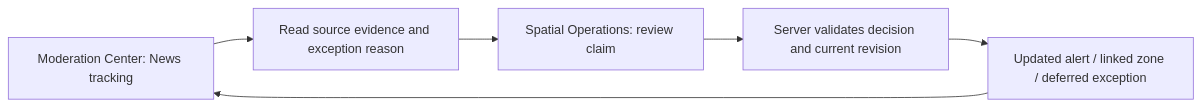
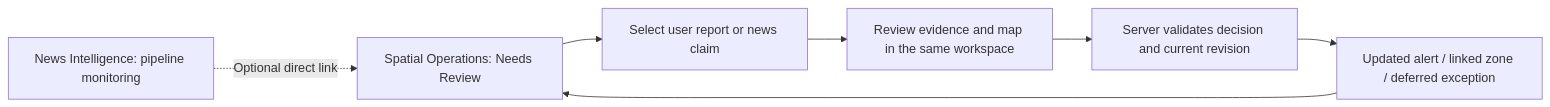
One commit to pu-roi/LANES changed the diagram in docs/plans/news-publication-review-frontend-plan.md. Above: the diagram before and after it, drawn with Mermaid. The commit also changed other lines of this file and 51 other files, not shown here.

First line of the commit message:
feat(news): add unified flood reading and source monitoring

````diff
--- a/docs/plans/news-publication-review-frontend-plan.md
+++ b/docs/plans/news-publication-review-frontend-plan.md
@@ -61,8 +62,9 @@
 ```mermaid
 flowchart LR
-    Track["Moderation Center: News tracking"] --> Inspect["Read source evidence and exception reason"]
-    Inspect --> Review["Spatial Operations: review claim"]
+    Track["Spatial Operations: Needs Review"] --> Inspect["Select user report or news claim"]
+    Inspect --> Review["Review evidence and map in the same workspace"]
     Review --> Decision["Server validates decision and current revision"]
     Decision --> Result["Updated alert / linked zone / deferred exception"]
     Result --> Track
+    Monitor["News Intelligence: pipeline monitoring"] -. "Optional direct link" .-> Track
 ```
````
